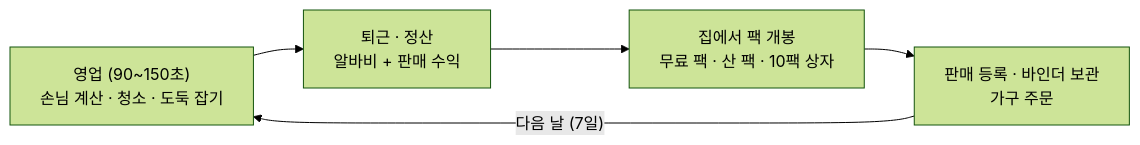
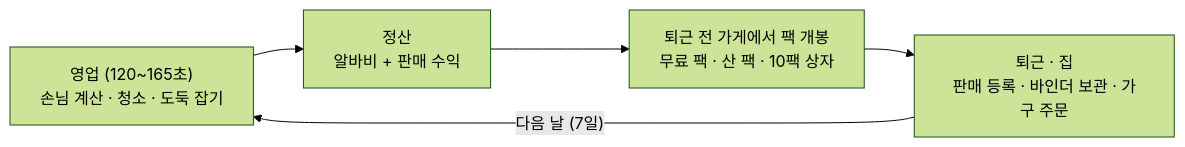
The first of 4 diagrams in src/6-slime-cardshop-vr/기술문서.md (pinkshield/portfolio), drawn with Mermaid (forest theme) before and after one commit. The commit also changed other lines of this file and 2 other files, not shown here.

````diff
--- a/src/6-slime-cardshop-vr/기술문서.md
+++ b/src/6-slime-cardshop-vr/기술문서.md
@@ -52,7 +74,7 @@
 ```mermaid
 flowchart LR
-    A["영업 (90~150초)<br/>손님 계산 · 청소 · 도둑 잡기"] --> B["퇴근 · 정산<br/>알바비 + 판매 수익"]
-    B --> C["집에서 팩 개봉<br/>무료 팩 · 산 팩 · 10팩 상자"]
-    C --> D["판매 등록 · 바인더 보관<br/>가구 주문"]
+    A["영업 (120~165초)<br/>손님 계산 · 청소 · 도둑 잡기"] --> B["정산<br/>알바비 + 판매 수익"]
+    B --> C["퇴근 전 가게에서 팩 개봉<br/>무료 팩 · 산 팩 · 10팩 상자"]
+    C --> D["퇴근 · 집<br/>판매 등록 · 바인더 보관 · 가구 주문"]
     D -->|"다음 날 (7일)"| A
 ```
````
